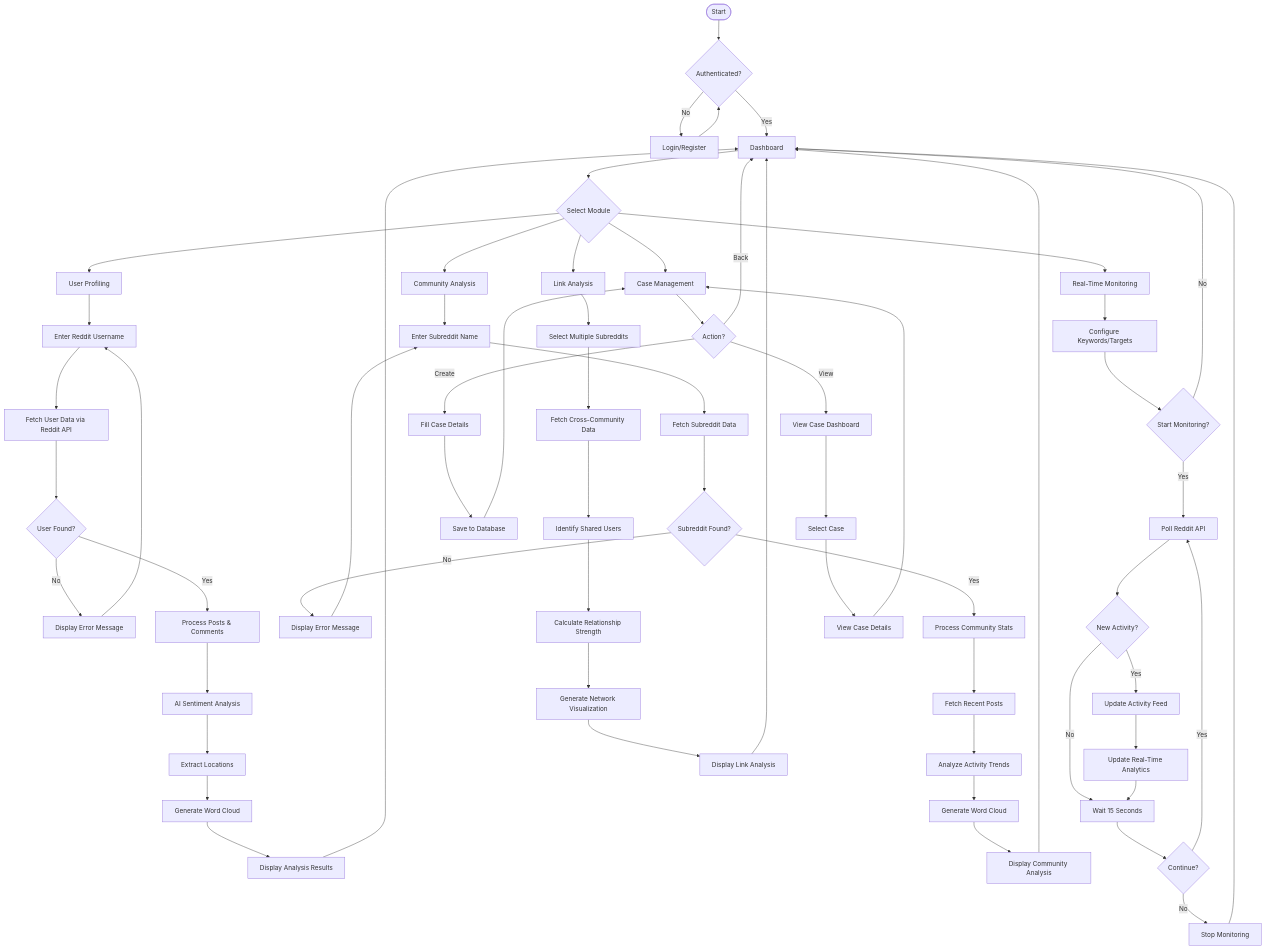
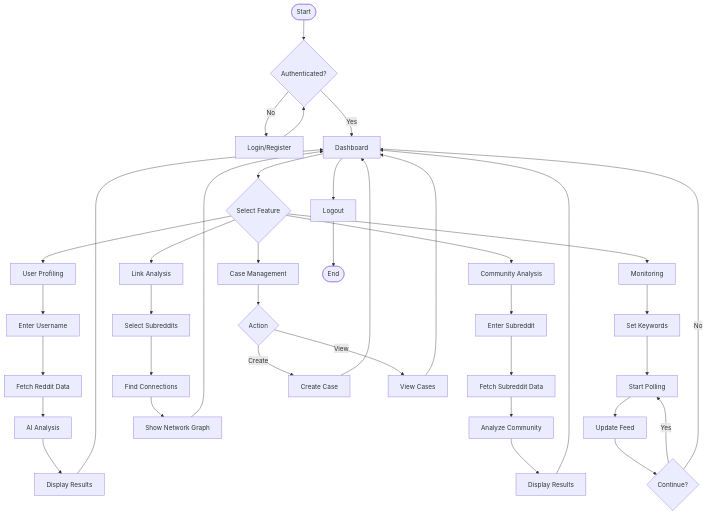
One commit to Andy-Alferdo/reddit-sleuth-forensics-web changed the diagram in diagrams/activity-diagram.md. Above: the diagram before and after it, drawn with Mermaid. The commit also changed other lines of this file, not shown here.

````diff
--- a/diagrams/activity-diagram.md
+++ b/diagrams/activity-diagram.md
@@ -5,76 +5,48 @@
 ```mermaid
 flowchart TD
     Start([Start]) --> Login{Authenticated?}
-    Login -->|No| AuthFlow[Login/Register]
-    AuthFlow --> Login
+    Login -->|No| Auth[Login/Register]
+    Auth --> Login
     Login -->|Yes| Dashboard[Dashboard]
     
-    Dashboard --> SelectModule{Select Module}
+    Dashboard --> Module{Select Feature}
     
-    SelectModule --> UserProfiling[User Profiling]
-    SelectModule --> CommunityAnalysis[Community Analysis]
-    SelectModule --> LinkAnalysis[Link Analysis]
-    SelectModule --> Monitoring[Real-Time Monitoring]
-    SelectModule --> CaseManagement[Case Management]
+    Module --> UserProfile[User Profiling]
+    Module --> Community[Community Analysis]
+    Module --> Link[Link Analysis]
+    Module --> Monitor[Monitoring]
+    Module --> Case[Case Management]
     
-    %% User Profiling Flow
-    UserProfiling --> EnterUsername[Enter Reddit Username]
-    EnterUsername --> FetchUserData[Fetch User Data via Reddit API]
-    FetchUserData --> UserFound{User Found?}
-    UserFound -->|No| UserError[Display Error Message]
-    UserError --> EnterUsername
-    UserFound -->|Yes| ProcessUserData[Process Posts & Comments]
-    ProcessUserData --> AIAnalysis[AI Sentiment Analysis]
-    AIAnalysis --> ExtractLocations[Extract Locations]
-    ExtractLocations --> GenerateWordCloud[Generate Word Cloud]
-    GenerateWordCloud --> DisplayUserResults[Display Analysis Results]
-    DisplayUserResults --> Dashboard
+    UserProfile --> EnterUser[Enter Username]
+    EnterUser --> FetchUser[Fetch Reddit Data]
+    FetchUser --> AnalyzeUser[AI Analysis]
+    AnalyzeUser --> DisplayUser[Display Results]
+    DisplayUser --> Dashboard
     
-    %% Community Analysis Flow
-    CommunityAnalysis --> EnterSubreddit[Enter Subreddit Name]
-    EnterSubreddit --> FetchCommunityData[Fetch Subreddit Data]
-    FetchCommunityData --> CommunityFound{Subreddit Found?}
-    CommunityFound -->|No| CommunityError[Display Error Message]
-    CommunityError --> EnterSubreddit
-    CommunityFound -->|Yes| ProcessCommunityData[Process Community Stats]
-    ProcessCommunityData --> FetchRecentPosts[Fetch Recent Posts]
-    FetchRecentPosts --> AnalyzeCommunityTrends[Analyze Activity Trends]
-    AnalyzeCommunityTrends --> GenerateCommunityWordCloud[Generate Word Cloud]
-    GenerateCommunityWordCloud --> DisplayCommunityResults[Display Community Analysis]
-    DisplayCommunityResults --> Dashboard
+    Community --> EnterSub[Enter Subreddit]
+    EnterSub --> FetchSub[Fetch Subreddit Data]
+    FetchSub --> AnalyzeSub[Analyze Community]
+    AnalyzeSub --> DisplaySub[Display Results]
+    DisplaySub --> Dashboard
     
-    %% Link Analysis Flow
-    LinkAnalysis --> SelectSubreddits[Select Multiple Subreddits]
-    SelectSubreddits --> FetchCrossData[Fetch Cross-Community Data]
-    FetchCrossData --> IdentifySharedUsers[Identify Shared Users]
-    IdentifySharedUsers --> CalculateRelationships[Calculate Relationship Strength]
-    CalculateRelationships --> GenerateNetworkGraph[Generate Network Visualization]
-    GenerateNetworkGraph --> DisplayNetworkResults[Display Link Analysis]
-    DisplayNetworkResults --> Dashboard
+    Link --> SelectSubs[Select Subreddits]
+    SelectSubs --> FindLinks[Find Connections]
+    FindLinks --> ShowNetwork[Show Network Graph]
+    ShowNetwork --> Dashboard
     
-    %% Monitoring Flow
-    Monitoring --> ConfigureMonitoring[Configure Keywords/Targets]
-    ConfigureMonitoring --> StartMonitoring{Start Monitoring?}
-    StartMonitoring -->|Yes| PollReddit[Poll Reddit API]
-    PollReddit --> CheckNewActivity{New Activity?}
-    CheckNewActivity -->|Yes| UpdateFeed[Update Activity Feed]
-    UpdateFeed --> UpdateAnalytics[Update Real-Time Analytics]
-    CheckNewActivity -->|No| Wait15Sec[Wait 15 Seconds]
-    UpdateAnalytics --> Wait15Sec
-    Wait15Sec --> ContinueMonitoring{Continue?}
-    ContinueMonitoring -->|Yes| PollReddit
-    ContinueMonitoring -->|No| StopMonitoring[Stop Monitoring]
-    StartMonitoring -->|No| Dashboard
-    StopMonitoring --> Dashboard
+    Monitor --> SetKeywords[Set Keywords]
+    SetKeywords --> StartPoll[Start Polling]
+    StartPoll --> UpdateFeed[Update Feed]
+    UpdateFeed --> Continue{Continue?}
+    Continue -->|Yes| StartPoll
+    Continue -->|No| Dashboard
     
-    %% Case Management Flow
-    CaseManagement --> CaseAction{Action?}
-    CaseAction -->|Create| CreateCase[Fill Case Details]
-    CreateCase --> SaveCase[Save to Database]
-    SaveCase --> CaseManagement
-    CaseAction -->|View| ViewCases[View Case Dashboard]
-    ViewCases --> SelectCase[Select Case]
-    SelectCase --> ViewCaseDetails[View Case Details]
-    ViewCaseDetails --> CaseManagement
-    CaseAction -->|Back| Dashboard
+    Case --> CaseAction{Action}
+    CaseAction -->|Create| NewCase[Create Case]
+    CaseAction -->|View| ViewCase[View Cases]
+    NewCase --> Dashboard
+    ViewCase --> Dashboard
+    
+    Dashboard --> Logout[Logout]
+    Logout --> End([End])
 ```
````
